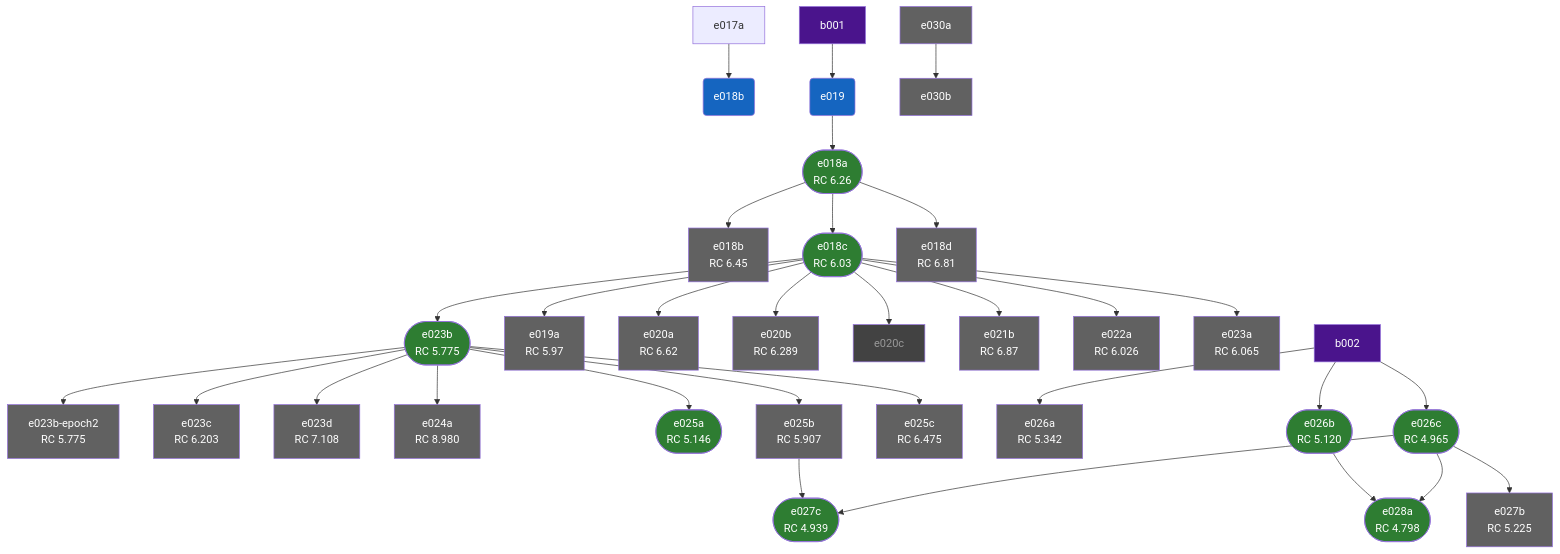
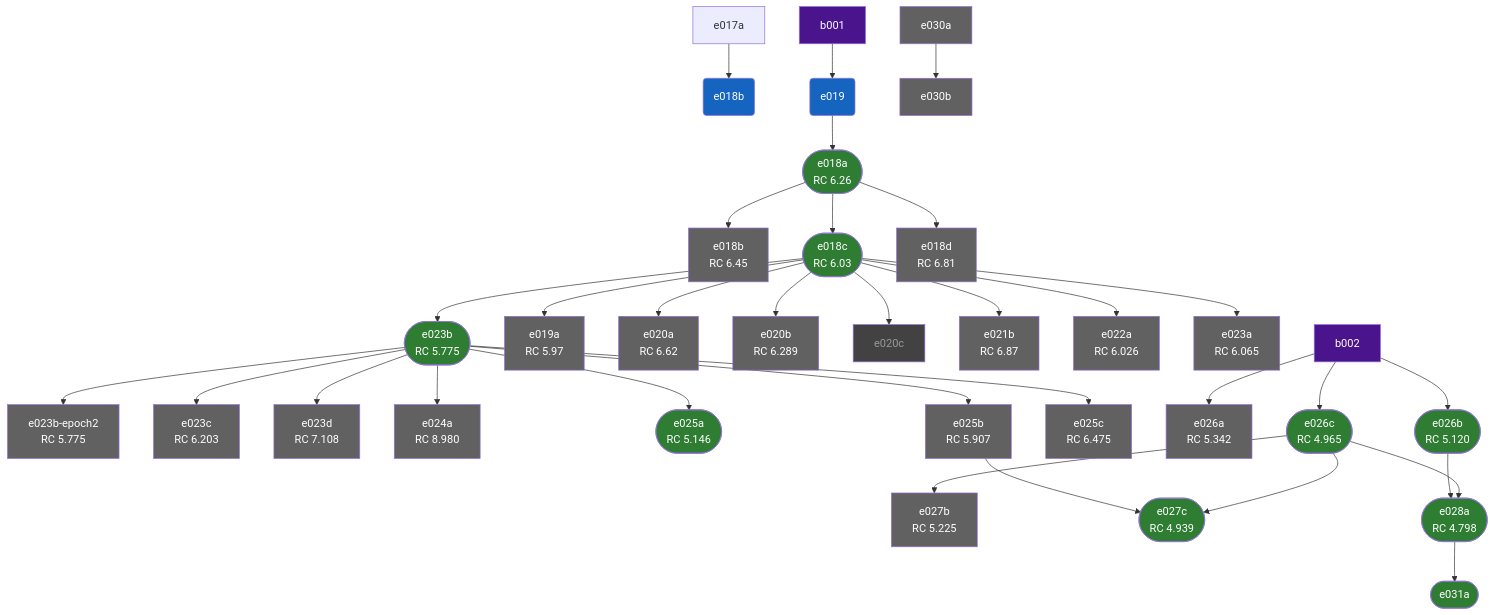
The diagram in docs/experiments/index.md (ScavieFae/autonomous-world-model), drawn with Mermaid before and after one commit. The commit also changed other lines of this file and 6 other files, not shown here.

````diff
--- a/docs/experiments/index.md
+++ b/docs/experiments/index.md
@@ -41,6 +41,7 @@
     e028a_full_stack(["e028a\nRC 4.798"])
     e030a_jepa_baseline["e030a"]
     e030b_jepa_rescale["e030b"]
+    e031a_speed_profile(["e031a"])
     e019_baseline --> e018a_self_forcing
     e017a --> e018b_rollout_coherence_eval
     e018a_self_forcing --> e018b_self_forcing_n5
@@ -71,6 +72,7 @@
     e026b_unimix --> e028a_full_stack
     e026c_sf_curriculum --> e028a_full_stack
     e030a_jepa_baseline --> e030b_jepa_rescale
+    e028a_full_stack --> e031a_speed_profile
     style e018a_self_forcing fill:#2e7d32,color:#fff
     style e018b_rollout_coherence_eval fill:#1565c0,color:#fff
     style e018b_self_forcing_n5 fill:#616161,color:#fff
@@ -100,6 +102,7 @@
     style e028a_full_stack fill:#2e7d32,color:#fff
     style e030a_jepa_baseline fill:#616161,color:#fff
     style e030b_jepa_rescale fill:#616161,color:#fff
+    style e031a_speed_profile fill:#2e7d32,color:#fff
     style b001 fill:#4a148c,color:#fff
     style b002 fill:#4a148c,color:#fff
 ```
````
